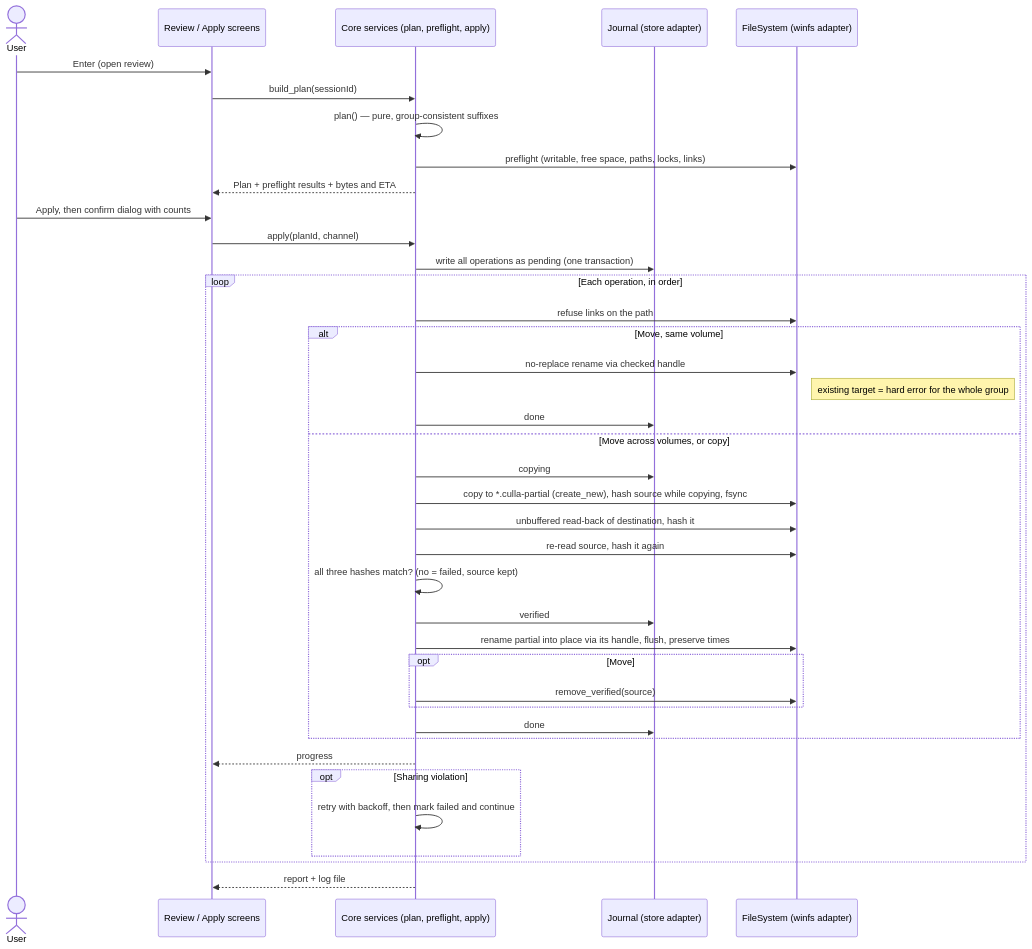
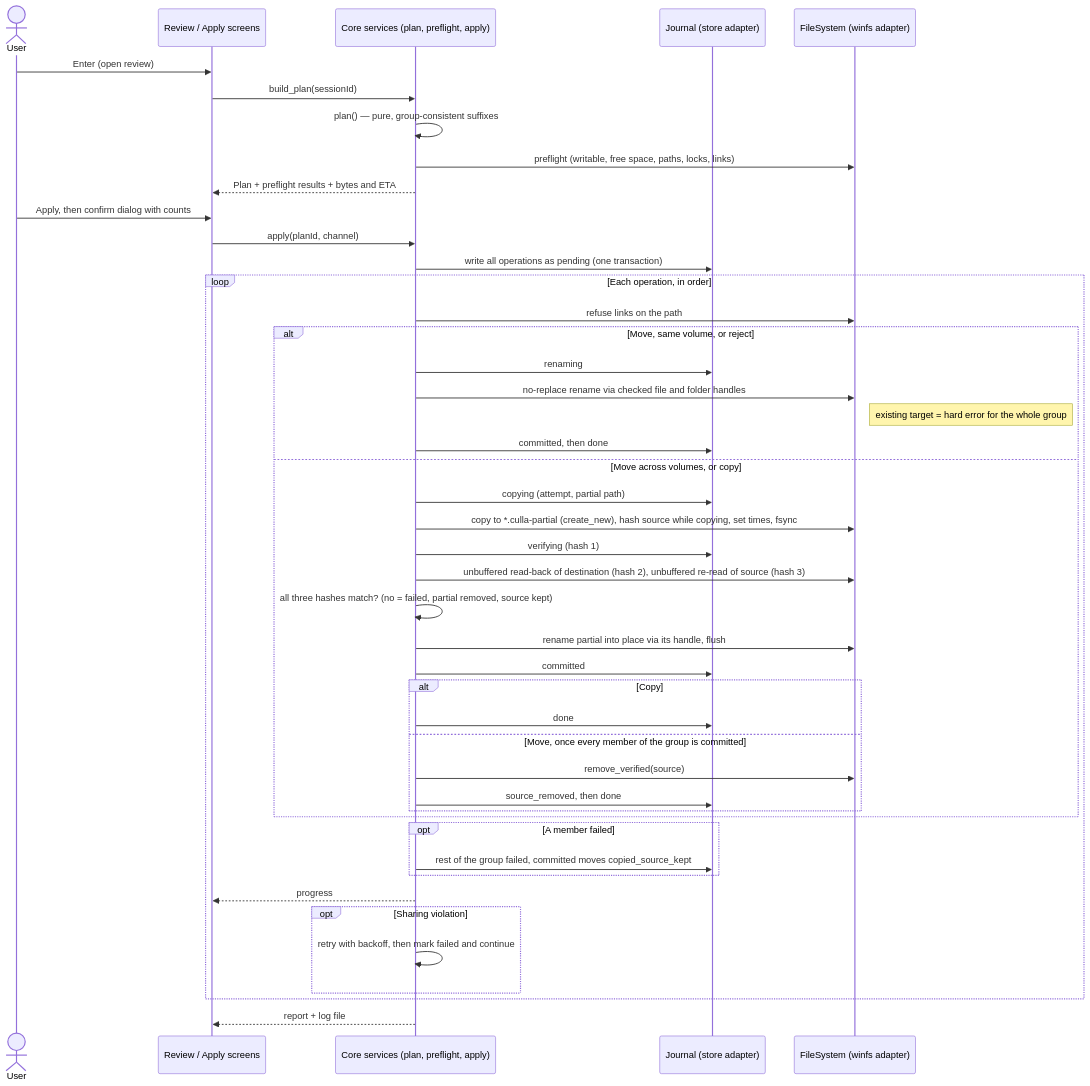
The seventh of 9 diagrams in docs/architecture.md (margaux-faurie/culla), drawn with Mermaid before and after one commit. The commit also changed other lines of this file and 5 other files, not shown here.

````diff
--- a/docs/architecture.md
+++ b/docs/architecture.md
@@ -333,42 +333,48 @@
 ```mermaid
 sequenceDiagram
   actor U as User
   participant UI as Review / Apply screens
   participant C as Core services (plan, preflight, apply)
   participant DB as Journal (store adapter)
   participant FS as FileSystem (winfs adapter)
 
   U->>UI: Enter (open review)
   UI->>C: build_plan(sessionId)
   C->>C: plan() — pure, group-consistent suffixes
   C->>FS: preflight (writable, free space, paths, locks, links)
   C-->>UI: Plan + preflight results + bytes and ETA
   U->>UI: Apply, then confirm dialog with counts
   UI->>C: apply(planId, channel)
   C->>DB: write all operations as pending (one transaction)
   loop Each operation, in order
     C->>FS: refuse links on the path
-    alt Move, same volume
-      C->>FS: no-replace rename via checked handle
+    alt Move, same volume, or reject
+      C->>DB: renaming
+      C->>FS: no-replace rename via checked file and folder handles
       Note right of FS: existing target = hard error for the whole group
-      C->>DB: done
+      C->>DB: committed, then done
     else Move across volumes, or copy
-      C->>DB: copying
-      C->>FS: copy to *.culla-partial (create_new), hash source while copying, fsync
-      C->>FS: unbuffered read-back of destination, hash it
-      C->>FS: re-read source, hash it again
-      C->>C: all three hashes match? (no = failed, source kept)
-      C->>DB: verified
-      C->>FS: rename partial into place via its handle, flush, preserve times
-      opt Move
+      C->>DB: copying (attempt, partial path)
+      C->>FS: copy to *.culla-partial (create_new), hash source while copying, set times, fsync
+      C->>DB: verifying (hash 1)
+      C->>FS: unbuffered read-back of destination (hash 2), unbuffered re-read of source (hash 3)
+      C->>C: all three hashes match? (no = failed, partial removed, source kept)
+      C->>FS: rename partial into place via its handle, flush
+      C->>DB: committed
+      alt Copy
+        C->>DB: done
+      else Move, once every member of the group is committed
         C->>FS: remove_verified(source)
+        C->>DB: source_removed, then done
       end
-      C->>DB: done
+    end
+    opt A member failed
+      C->>DB: rest of the group failed, committed moves copied_source_kept
     end
     C-->>UI: progress
     opt Sharing violation
       C->>C: retry with backoff, then mark failed and continue
     end
   end
   C-->>UI: report + log file
 ```
````
